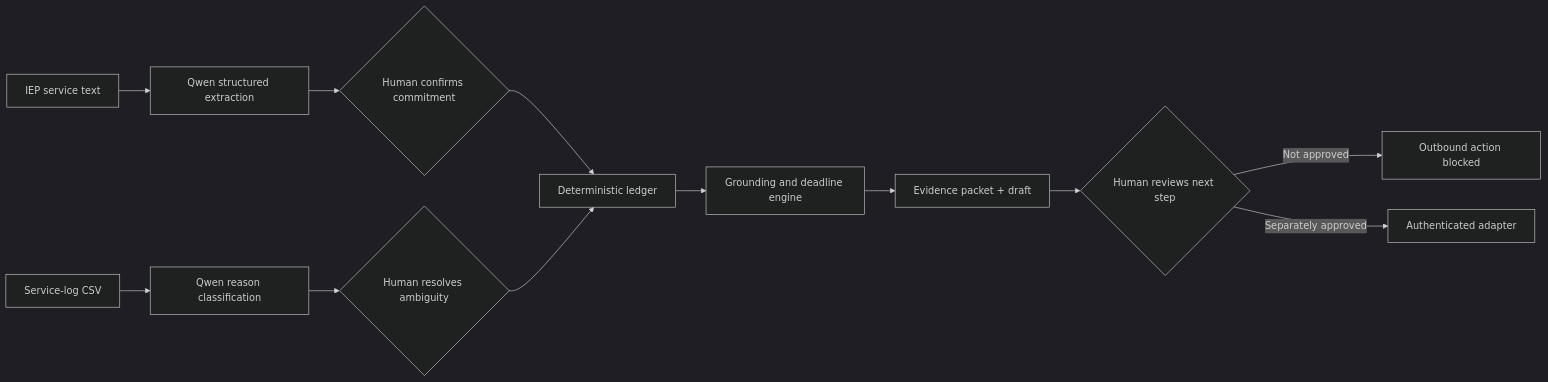
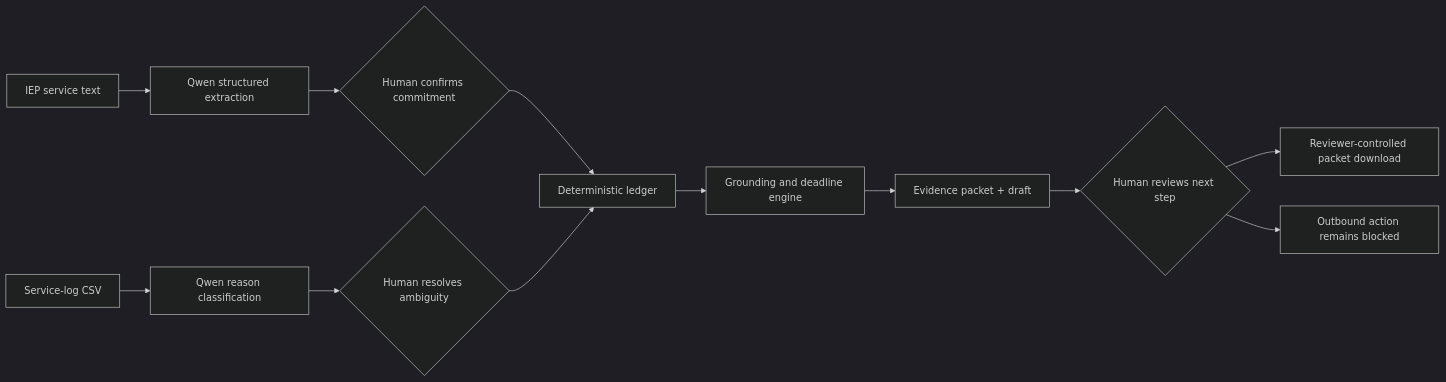
The first of 2 diagrams in README.md (ankitlade12/due-process-iep-agent), drawn with Mermaid (dark theme) before and after one commit. The commit also changed other lines of this file and 1 other file, not shown here.

````diff
--- a/README.md
+++ b/README.md
@@ -74,14 +74,14 @@
 ```mermaid
 flowchart LR
     I[IEP service text] --> Q1[Qwen structured extraction]
     L[Service-log CSV] --> Q2[Qwen reason classification]
     Q1 --> H1{Human confirms commitment}
     Q2 --> H2{Human resolves ambiguity}
     H1 --> D[Deterministic ledger]
     H2 --> D
     D --> G[Grounding and deadline engine]
     G --> P[Evidence packet + draft]
     P --> H3{Human reviews next step}
-    H3 -->|Not approved| B[Outbound action blocked]
-    H3 -->|Separately approved| A[Authenticated adapter]
+    H3 --> DL[Reviewer-controlled packet download]
+    H3 --> B[Outbound action remains blocked]
 ```
````
